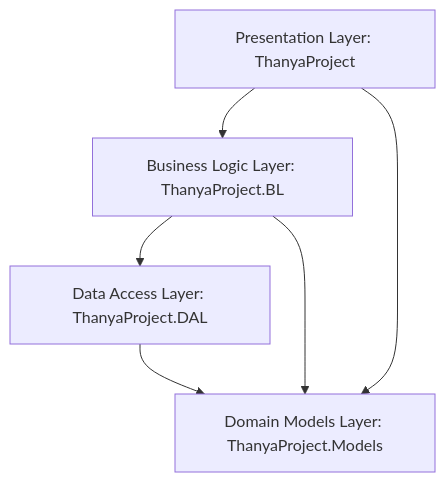
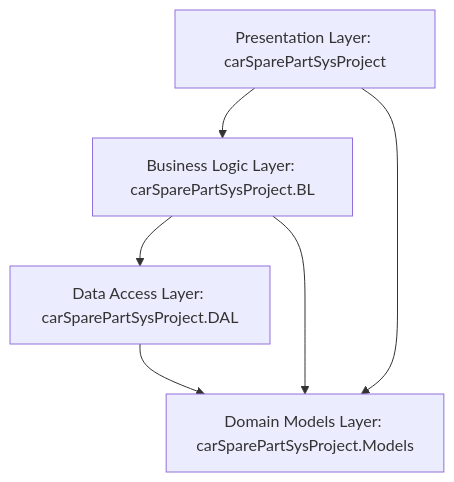
One commit to nhahub/NHA-4-171 changed the first of 2 diagrams in README.md. Above: the diagram before and after it, drawn with Mermaid. The commit also changed other lines of this file and 300 other files, not shown here.

Commit message:
refactor: rename Thanya to carSparePartSys across the repository

````diff
--- a/README.md
+++ b/README.md
@@ -108,8 +108,8 @@
 ```mermaid
 graph TD
-    API[Presentation Layer: ThanyaProject] --> BL[Business Logic Layer: ThanyaProject.BL]
-    BL --> DAL[Data Access Layer: ThanyaProject.DAL]
-    BL --> MD[Domain Models Layer: ThanyaProject.Models]
+    API[Presentation Layer: carSparePartSysProject] --> BL[Business Logic Layer: carSparePartSysProject.BL]
+    BL --> DAL[Data Access Layer: carSparePartSysProject.DAL]
+    BL --> MD[Domain Models Layer: carSparePartSysProject.Models]
     API --> MD
     DAL --> MD
 ```
````
